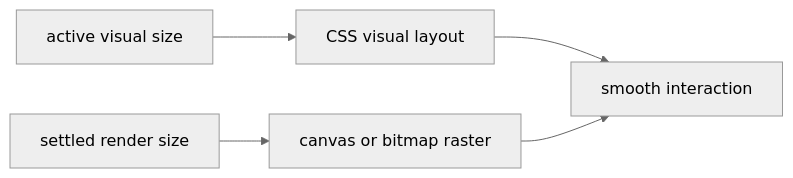
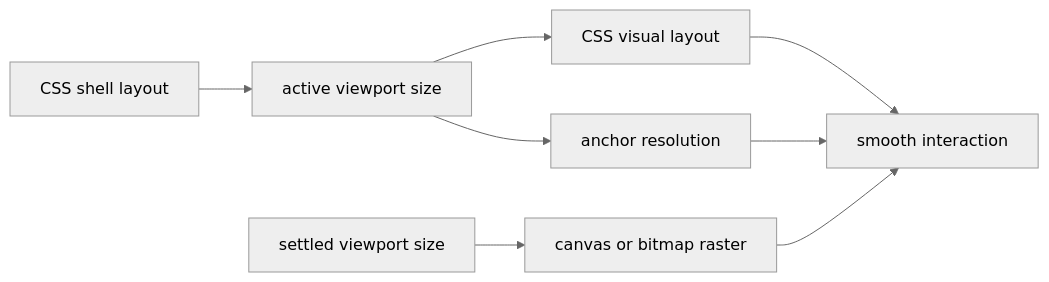
Before and after one commit to retab-dev/retab-ui: diagram 15 of 26 in design/universal-file-viewer-greenfield-blueprint.md, drawn with Mermaid (neutral theme). The commit also changed other lines of this file, not shown here.

````diff
--- a/design/universal-file-viewer-greenfield-blueprint.md
+++ b/design/universal-file-viewer-greenfield-blueprint.md
@@ -543,7 +563,10 @@
 ```mermaid
 flowchart LR
-  ActiveSize["active visual size"] --> Visual["CSS visual layout"]
-  SettledSize["settled render size"] --> Raster["canvas or bitmap raster"]
+  CssLayout["CSS shell layout"] --> ActiveSize["active viewport size"]
+  ActiveSize --> Visual["CSS visual layout"]
+  ActiveSize --> Anchor["anchor resolution"]
+  SettledSize["settled viewport size"] --> Raster["canvas or bitmap raster"]
   Visual --> User["smooth interaction"]
   Raster --> User
+  Anchor --> User
 ```
````
